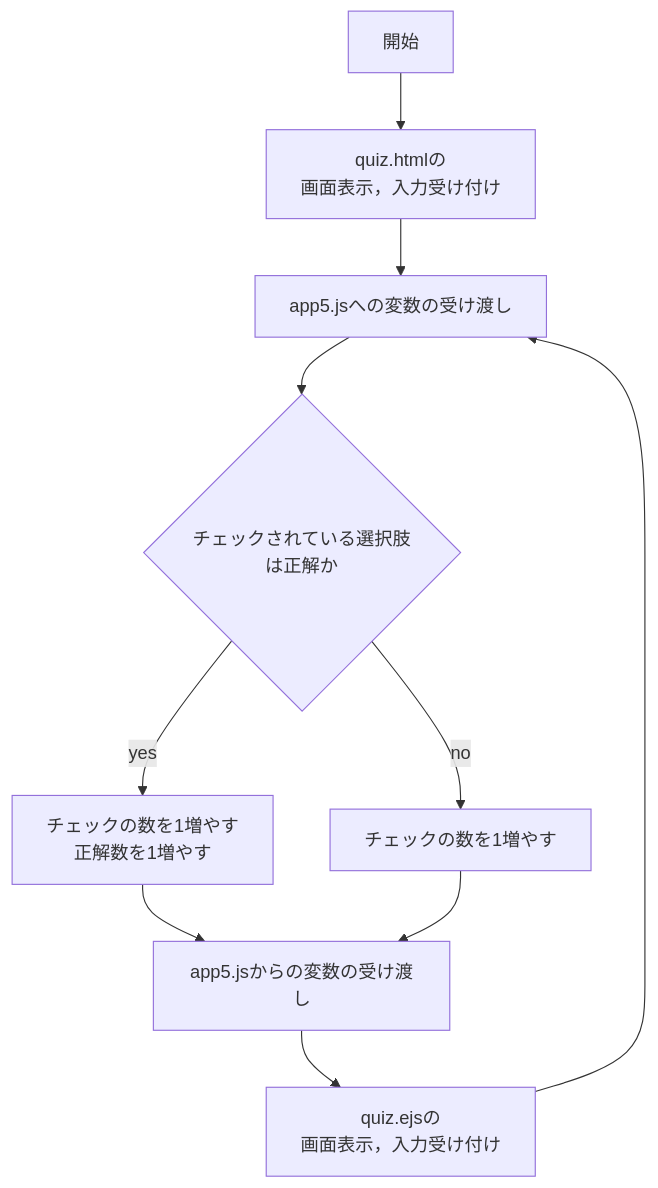
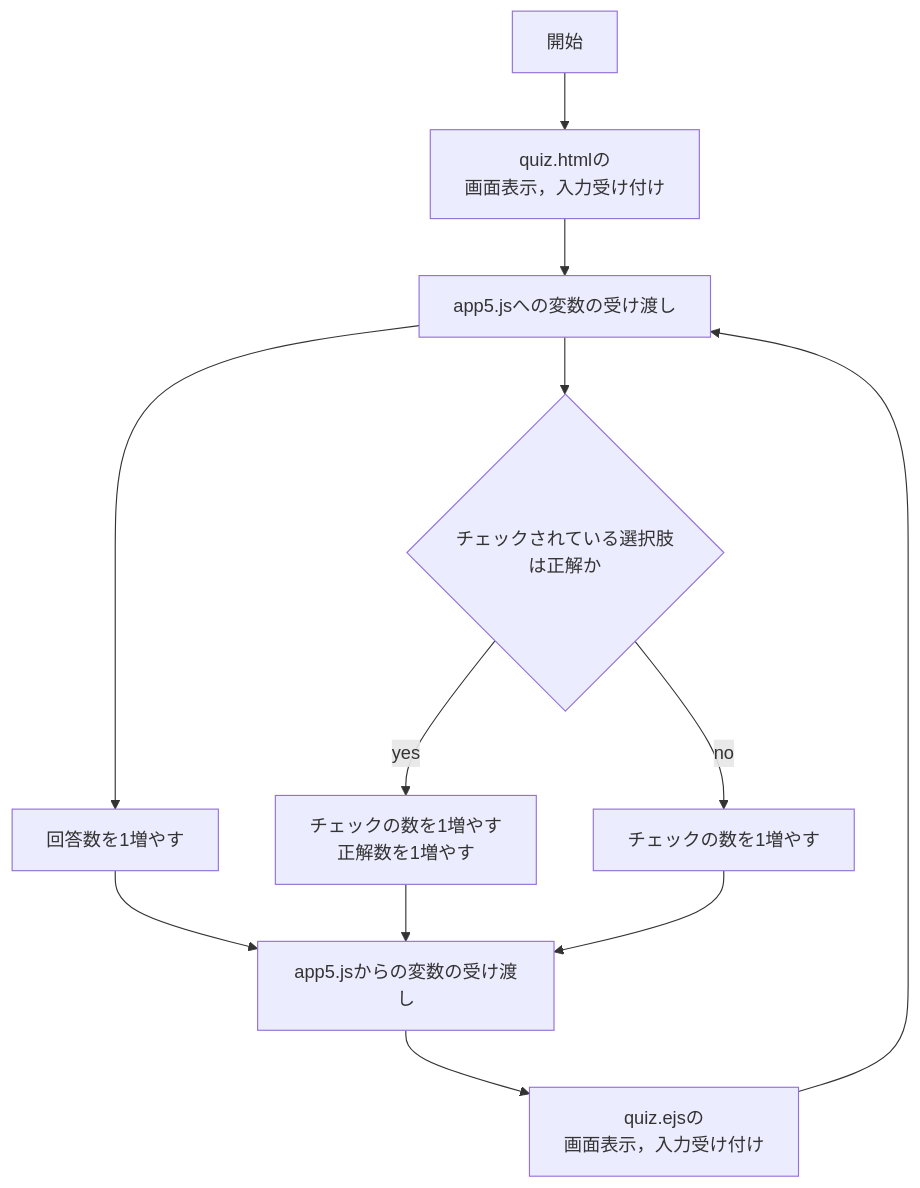
One commit to Saito-8128/webpro_06 changed the third of 3 diagrams in README.md. Above: the diagram before and after it, drawn with Mermaid.

Commit message:
README.mdの細かい修正

````diff
--- a/README.md
+++ b/README.md
@@ -103,25 +103,29 @@
 ```mermaid
 flowchart TD;
 
 start["開始"]
 if{"チェックされている選択肢は正解か"}
 correct["チェックの数を1増やす
 正解数を1増やす"]
 incorrect["チェックの数を1増やす"]
 display1["quiz.htmlの
 画面表示，入力受け付け"]
 display2["quiz.ejsの
 画面表示，入力受け付け"]
+total["回答数を1増やす"]
 del1["app5.jsへの変数の受け渡し"]
 del2["app5.jsからの変数の受け渡し"]
 
+
 start --> display1
 display1 --> del1
+del1 --> total
+total --> del2
 del1 --> if
 if -->|yes| correct
 correct --> del2
 if -->|no| incorrect
 incorrect --> del2
 del2 --> display2
 display2 --> del1
 ```
````
